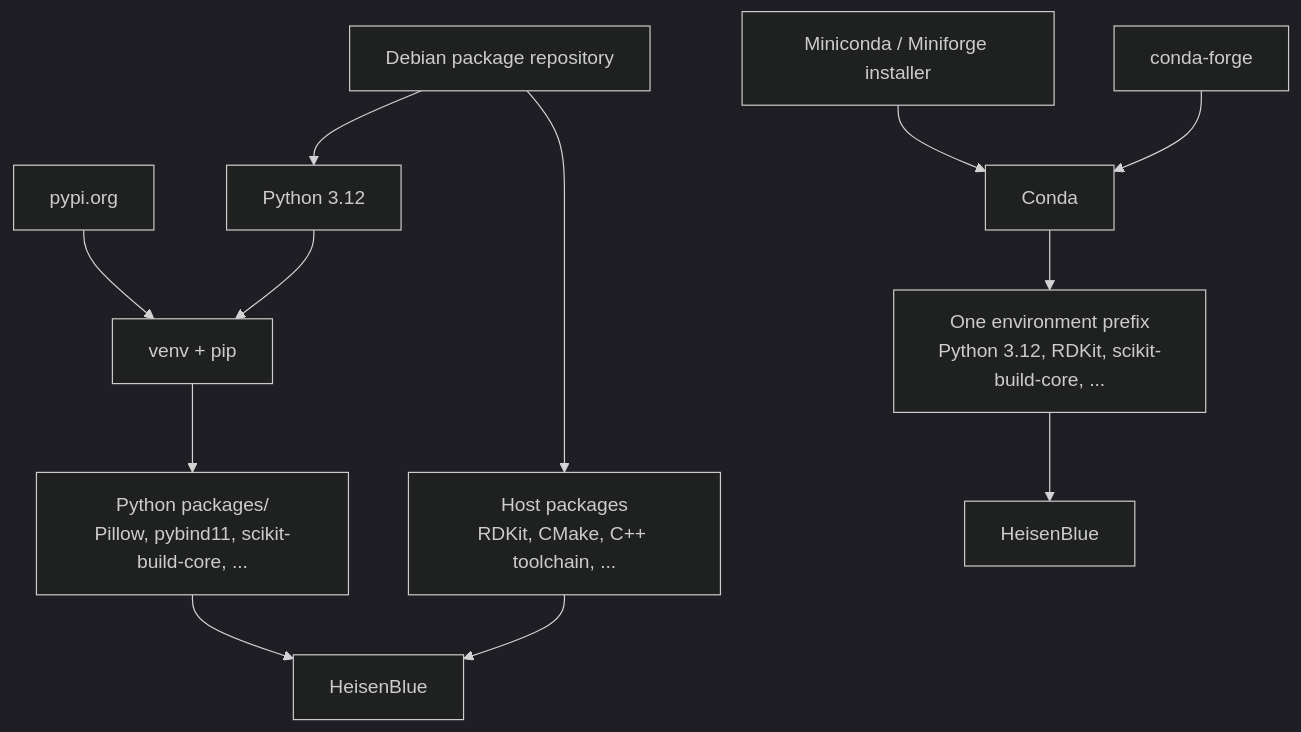
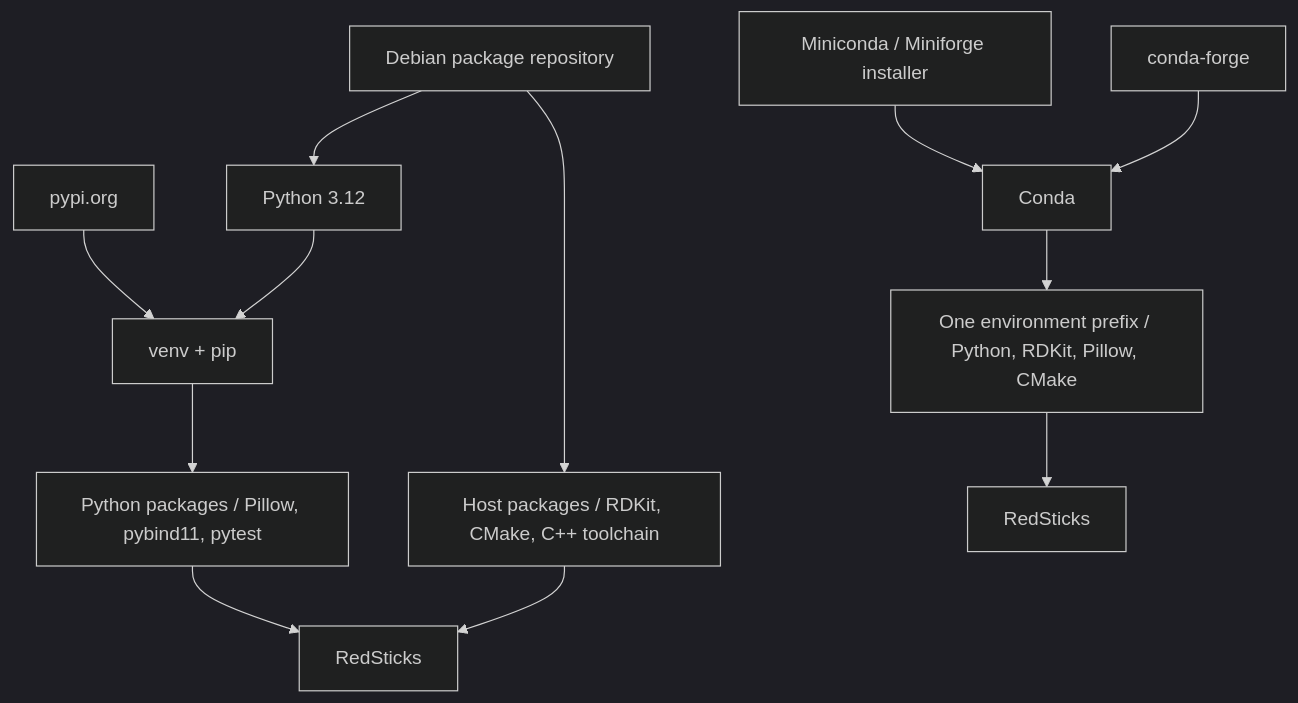
One commit to ValentinTwin1206/modern-python-devops-egineering changed the diagram in docs/chapter-01/section-03.md. Above: the diagram before and after it, drawn with Mermaid (dark theme). The commit also changed other lines of this file and 43 other files, not shown here.

````diff
--- a/docs/chapter-01/section-03.md
+++ b/docs/chapter-01/section-03.md
@@ -23,20 +23,20 @@
 ```mermaid
 graph TB
     PYPI["pypi.org"]
     DEBIAN["Debian package repository"]
     CONDA_INSTALLER["Miniconda / Miniforge installer"]
     CONDA_FORGE["conda-forge"]
 
     PYPI --> VENV["venv + pip"]
     DEBIAN --> VENV_PY["Python 3.12"]
     VENV_PY --> VENV
-    VENV --> VENV_DEPS["Python packages/<br/>Pillow, pybind11, scikit-build-core, ..."]
-    DEBIAN --> HOST_DEPS["Host packages<br/>RDKit, CMake, C++ toolchain, ..."]
-    VENV_DEPS --> VENV_APP["HeisenBlue"]
+    VENV --> VENV_DEPS["Python packages / Pillow, pybind11, pytest"]
+    DEBIAN --> HOST_DEPS["Host packages / RDKit, CMake, C++ toolchain"]
+    VENV_DEPS --> VENV_APP["RedSticks"]
     HOST_DEPS --> VENV_APP
 
     CONDA_INSTALLER --> CONDA["Conda"]
     CONDA_FORGE --> CONDA
-    CONDA --> CONDA_DEPS["One environment prefix<br/>Python 3.12, RDKit, scikit-build-core, ..."]
-    CONDA_DEPS --> CONDA_APP["HeisenBlue"]
+    CONDA --> CONDA_DEPS["One environment prefix / Python, RDKit, Pillow, CMake"]
+    CONDA_DEPS --> CONDA_APP["RedSticks"]
 ```
````
